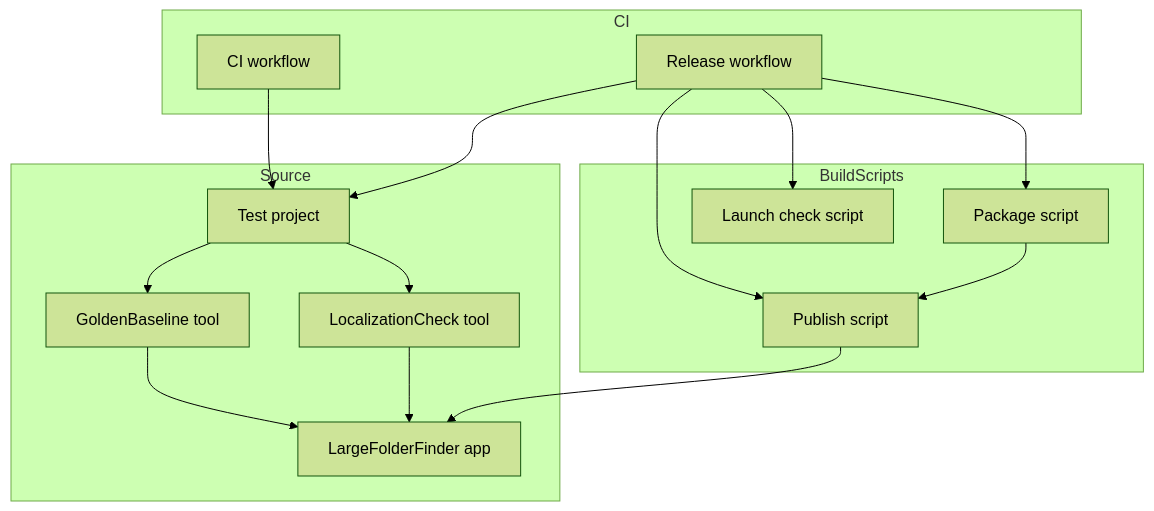
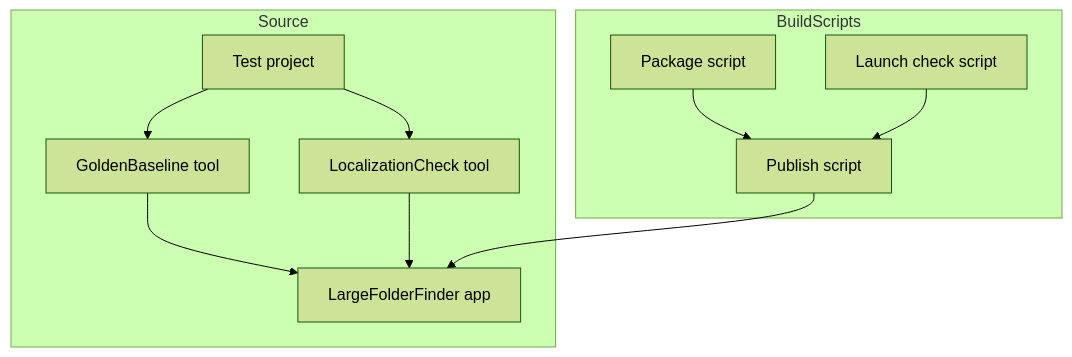
Before and after one commit to Ryoma-h777/LargeFolderFinder: the first of 3 diagrams in .kiro/specs/dotnet10-migration/design.md, drawn with Mermaid (forest theme). The commit also changed other lines of this file and 12 other files, not shown here.

````diff
--- a/.kiro/specs/dotnet10-migration/design.md
+++ b/.kiro/specs/dotnet10-migration/design.md
@@ -73,29 +72,21 @@
 ```mermaid
 graph TB
     subgraph Source
         App[LargeFolderFinder app]
         Golden[GoldenBaseline tool]
         Loc[LocalizationCheck tool]
         Tests[Test project]
     end
     subgraph BuildScripts
         Publish[Publish script]
         Package[Package script]
         Launch[Launch check script]
     end
-    subgraph CI
-        CiWorkflow[CI workflow]
-        ReleaseWorkflow[Release workflow]
-    end
     Golden --> App
     Loc --> App
     Tests --> Golden
     Tests --> Loc
-    CiWorkflow --> Tests
-    ReleaseWorkflow --> Tests
-    ReleaseWorkflow --> Publish
     Publish --> App
-    ReleaseWorkflow --> Launch
-    ReleaseWorkflow --> Package
     Package --> Publish
+    Launch --> Publish
 ```
````
